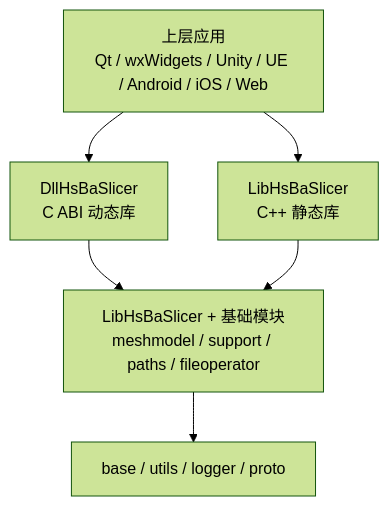
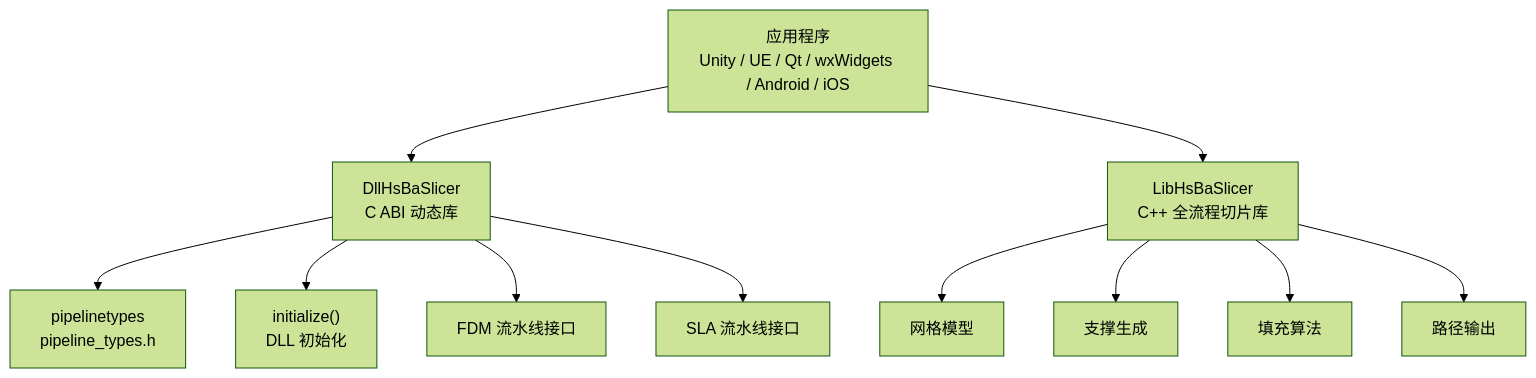
One commit to hsmbanlance/HsBaSlicer changed the diagram in .qoder/repowiki/zh/content/集成指南/集成指南.md. Above: the diagram before and after it, drawn with Mermaid (forest theme). The commit also changed other lines of this file and 1135 other files, not shown here.

````diff
--- a/.qoder/repowiki/zh/content/集成指南/集成指南.md
+++ b/.qoder/repowiki/zh/content/集成指南/集成指南.md
@@ -50,8 +68,13 @@
 ```mermaid
 graph TB
-App["上层应用<br/>Qt / wxWidgets / Unity / UE / Android / iOS / Web"] --> Dll["DllHsBaSlicer<br/>C ABI 动态库"]
-App --> Lib["LibHsBaSlicer<br/>C++ 静态库"]
-Dll --> Core["LibHsBaSlicer + 基础模块<br/>meshmodel / support / paths / fileoperator"]
-Lib --> Core
-Core --> Base["base / utils / logger / proto"]
+App["应用程序<br/>Unity / UE / Qt / wxWidgets / Android / iOS"] --> Dll["DllHsBaSlicer<br/>C ABI 动态库"]
+App --> Lib["LibHsBaSlicer<br/>C++ 全流程切片库"]
+Dll --> Types["pipelinetypes<br/>pipeline_types.h"]
+Dll --> Init["initialize()<br/>DLL 初始化"]
+Dll --> FDM["FDM 流水线接口"]
+Dll --> SLA["SLA 流水线接口"]
+Lib --> Mesh["网格模型"]
+Lib --> Support["支撑生成"]
+Lib --> Fill["填充算法"]
+Lib --> Path["路径输出"]
 ```
````
